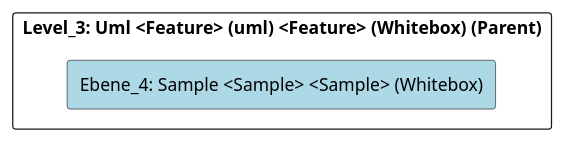
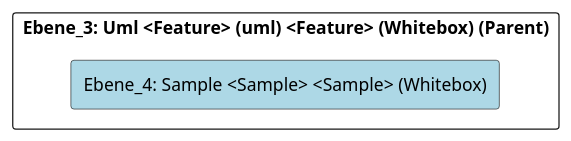
The diagram in doc/cleonproject_deliverables_architecture_model_architecture/adoc/de/05_bausteinsicht/cleon/modeling_languages/uml/sample/ebene_4_sample.adoc (marcozwyssig/cleon), drawn with PlantUML before and after one commit. The commit also changed other lines of this file and 620 other files, not shown here.

```diff
--- a/doc/cleonproject_deliverables_architecture_model_architecture/adoc/de/05_bausteinsicht/cleon/modeling_languages/uml/sample/ebene_4_sample.adoc
+++ b/doc/cleonproject_deliverables_architecture_model_architecture/adoc/de/05_bausteinsicht/cleon/modeling_languages/uml/sample/ebene_4_sample.adoc
@@ -24,24 +24,24 @@
 [plantuml, Ebene_4: Sample <Sample> <Sample> (Whitebox)BlockOverview, format="svg"]
 ----
 @startuml Ebene_4: Sample <Sample> <Sample> (Whitebox)BuildingBlockOverview
 
 skinparam ranksep 10
 skinparam componentStyle rectangle
 skinparam shadowing false
 skinparam arrowColor lightblue
 skinparam arrowThickness 1.2
 skinparam rectangle {
   BackgroundColor White
   BorderColor #333
   RoundCorner 10
 }
 top to bottom direction
 
-component "Level_3: Uml <Feature> (uml) <Feature> (Whitebox) (Parent)" {
+component "Ebene_3: Uml <Feature> (uml) <Feature> (Whitebox) (Parent)" {
     component "Ebene_4: Sample <Sample> <Sample> (Whitebox)" #lightblue {
     }
 
 }
 
 @enduml
 ----
```
